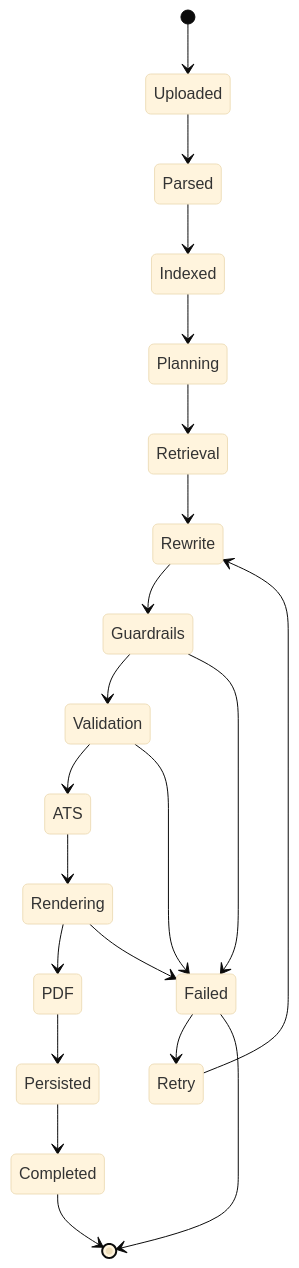
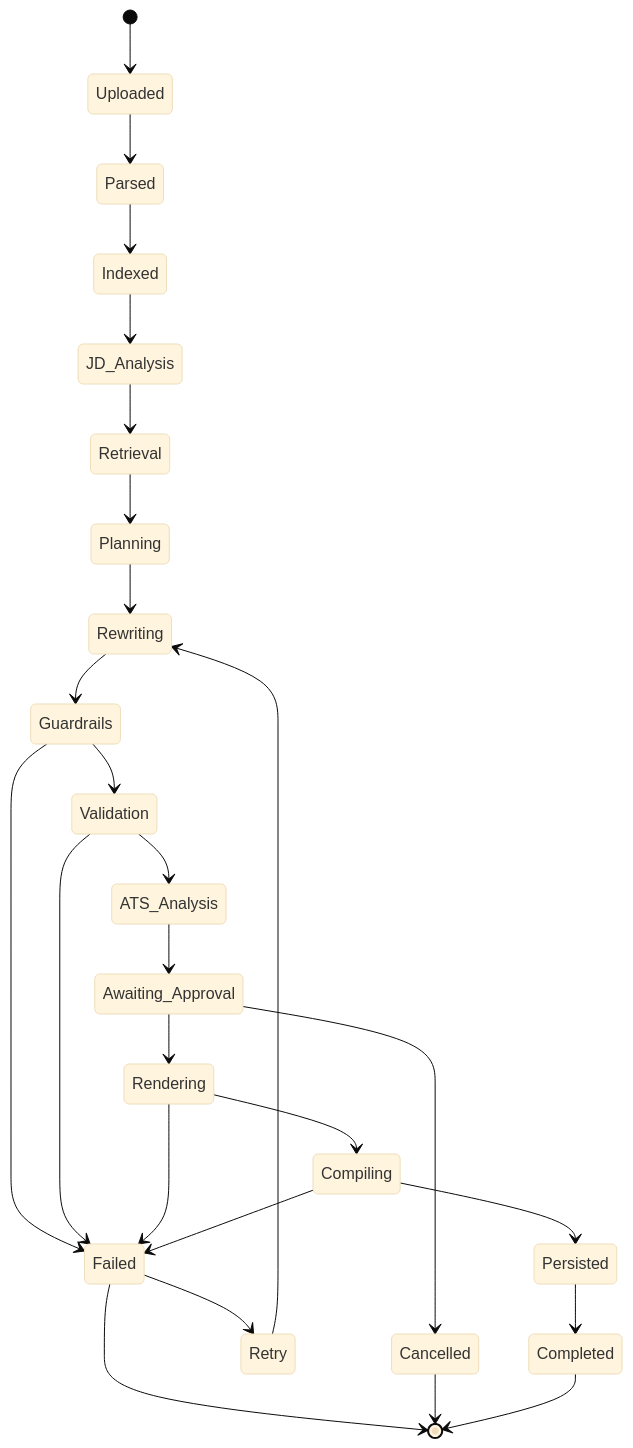
Before and after one commit to rsinghcodes/Tailr: the diagram in docs/Diagrams/08-Workflow-State.mmd, drawn with Mermaid (base theme). The commit also changed 59 other files, not shown here.

Commit message:
docs: add comprehensive project documentation including architecture, diagrams, roadmaps, and architectural decision records.

```diff
--- a/docs/Diagrams/08-Workflow-State.mmd
+++ b/docs/Diagrams/08-Workflow-State.mmd
@@ -1,41 +1,51 @@
 stateDiagram-v2
 
 [*] --> Uploaded
 
 Uploaded --> Parsed
 
 Parsed --> Indexed
 
-Indexed --> Planning
+Indexed --> JD_Analysis
 
-Planning --> Retrieval
+JD_Analysis --> Retrieval
 
-Retrieval --> Rewrite
+Retrieval --> Planning
 
-Rewrite --> Guardrails
+Planning --> Rewriting
+
+Rewriting --> Guardrails
 
 Guardrails --> Validation
 
-Validation --> ATS
+Validation --> ATS_Analysis
 
-ATS --> Rendering
+ATS_Analysis --> Awaiting_Approval
 
-Rendering --> PDF
+Awaiting_Approval --> Rendering
 
-PDF --> Persisted
+Rendering --> Compiling
+
+Compiling --> Persisted
 
 Persisted --> Completed
 
+Guardrails --> Failed
+
 Validation --> Failed
-
-Guardrails --> Failed
 
 Rendering --> Failed
 
+Compiling --> Failed
+
 Failed --> Retry
 
-Retry --> Rewrite
+Retry --> Rewriting
+
+Awaiting_Approval --> Cancelled
 
 Failed --> [*]
 
+Cancelled --> [*]
+
 Completed --> [*]
```
